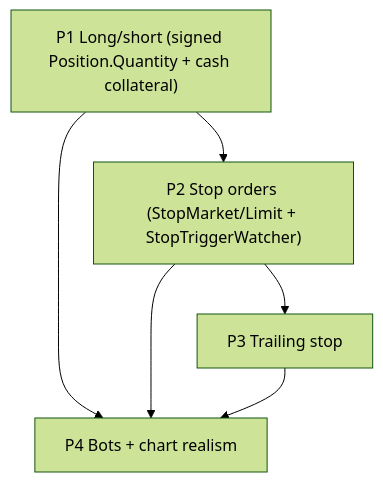
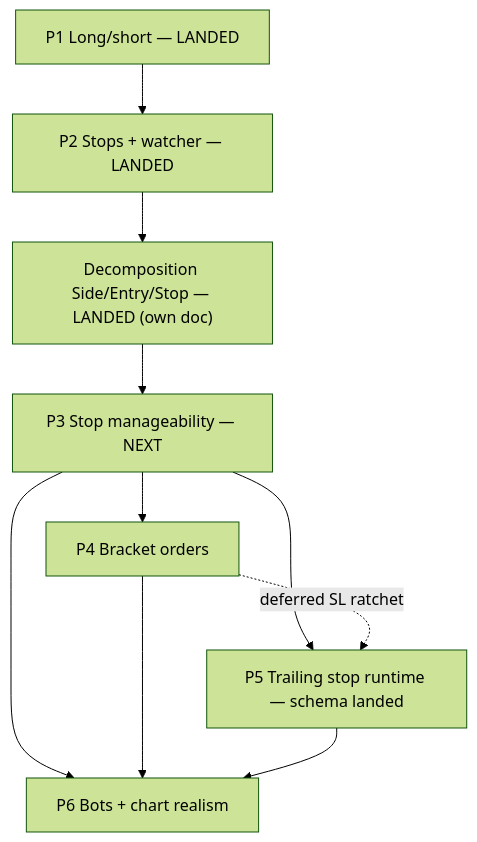
The diagram in docs/ADVANCED_ORDERS_PLAN.md (Kieshdh/KieshStockExchange), drawn with Mermaid (forest theme) before and after one commit. The commit also changed other lines of this file, not shown here.

First line of the commit message:
docs: renumber advanced-orders roadmap to P1-P6; add fill-marker + bracket notes

````diff
--- a/docs/ADVANCED_ORDERS_PLAN.md
+++ b/docs/ADVANCED_ORDERS_PLAN.md
@@ -38,11 +38,16 @@
 ```mermaid
 flowchart TD
-    P1["P1 Long/short (signed Position.Quantity + cash collateral)"]
-    P2["P2 Stop orders (StopMarket/Limit + StopTriggerWatcher)"]
-    P3["P3 Trailing stop"]
-    P4["P4 Bots + chart realism"]
-    P1 --> P2 --> P3
-    P1 --> P4
-    P2 --> P4
-    P3 --> P4
+    P1["P1 Long/short — LANDED"]
+    P2["P2 Stops + watcher — LANDED"]
+    DEC["Decomposition Side/Entry/Stop — LANDED (own doc)"]
+    P3["P3 Stop manageability — NEXT"]
+    P4["P4 Bracket orders"]
+    P5["P5 Trailing stop runtime — schema landed"]
+    P6["P6 Bots + chart realism"]
+    P1 --> P2 --> DEC --> P3 --> P4
+    P3 --> P5
+    P4 -.deferred SL ratchet.-> P5
+    P3 --> P6
+    P4 --> P6
+    P5 --> P6
 ```
````
